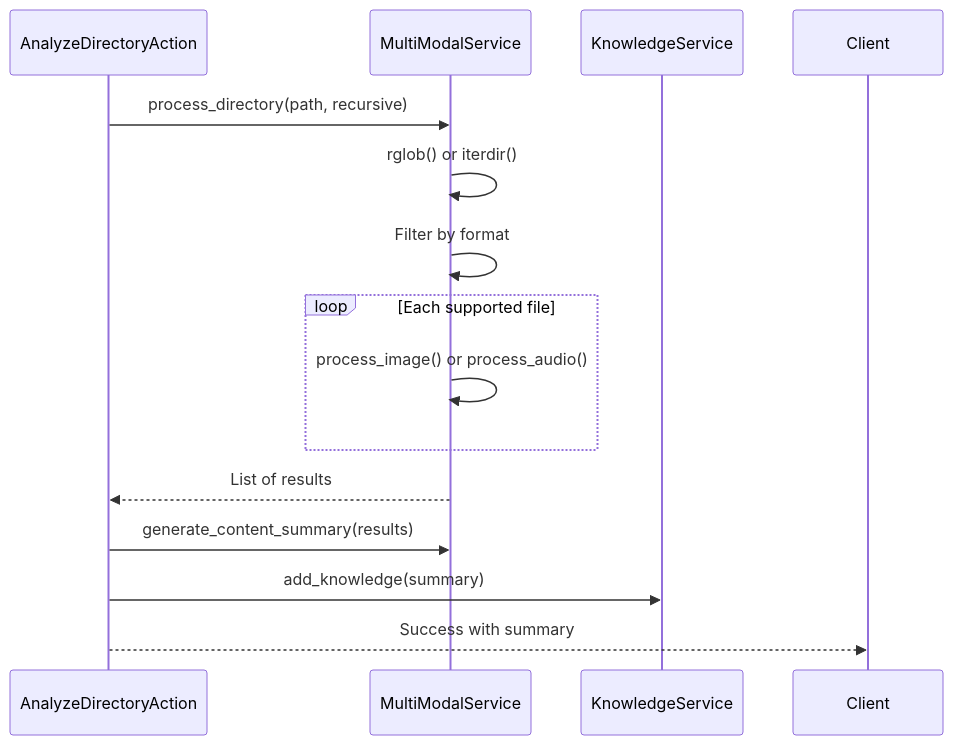
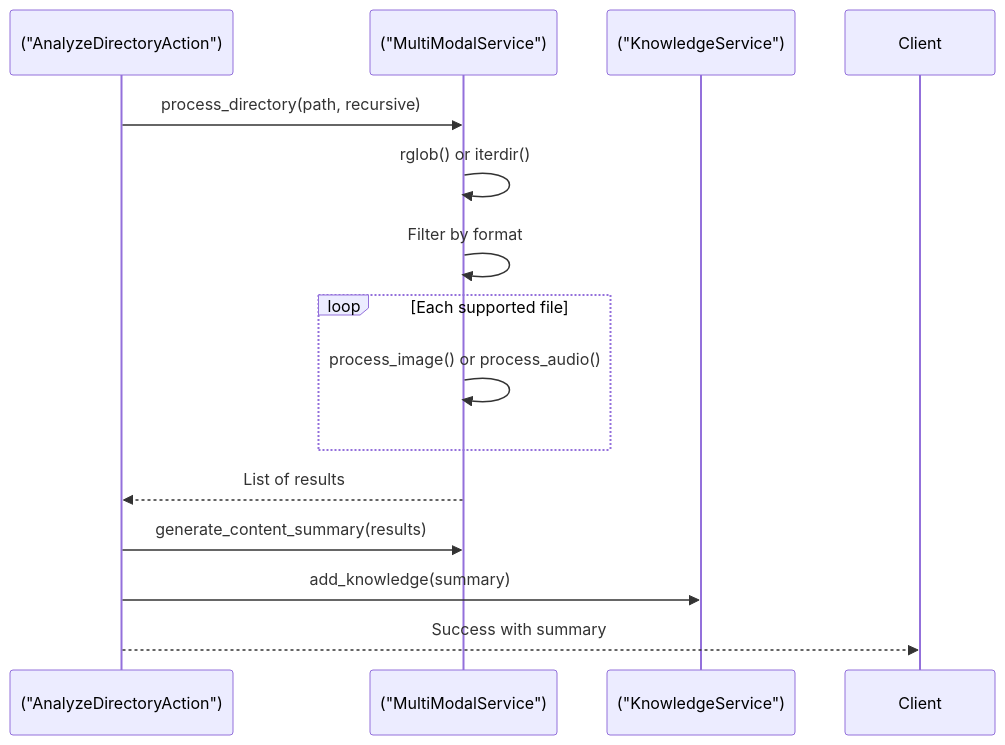
Before and after one commit to Likhithsai2580/RAVANA-WIKI: the third of 5 diagrams in docs/Action System/IO Actions.md, drawn with Mermaid. The commit also changed 32 other files, not shown here.

First line of the commit message:
feat(mermaid): enhance Mermaid diagram rendering and debugging support

````diff
--- a/docs/Action System/IO Actions.md
+++ b/docs/Action System/IO Actions.md
@@ -163,16 +163,16 @@
 ```mermaid
 sequenceDiagram
-participant A as AnalyzeDirectoryAction
-participant M as MultiModalService
-participant K as KnowledgeService
+participant A as ("AnalyzeDirectoryAction")
+participant M as ("MultiModalService")
+participant K as ("KnowledgeService")
 A->>M : process_directory(path, recursive)
 M->>M : rglob() or iterdir()
 M->>M : Filter by format
 loop Each supported file
 M->>M : process_image() or process_audio()
 end
 M-->>A : List of results
 A->>M : generate_content_summary(results)
 A->>K : add_knowledge(summary)
 A-->>Client : Success with summary
 ```
````
